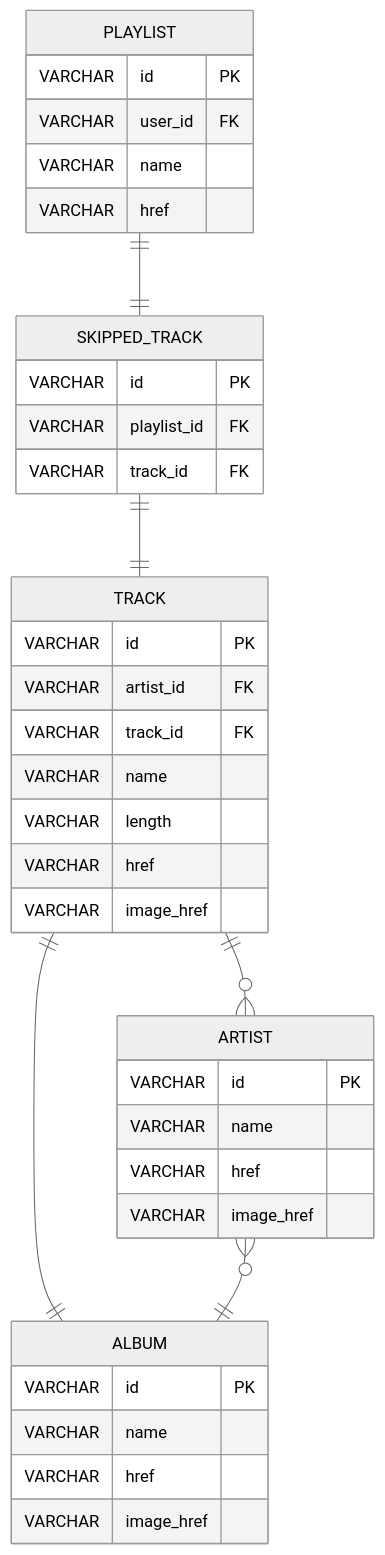
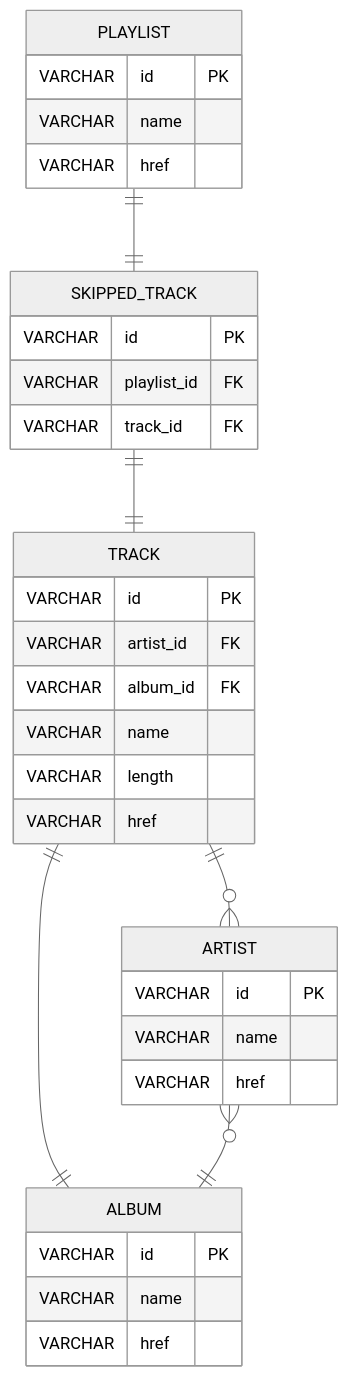
The second of 2 diagrams in README.md (paulmccarron/spotify-playlist-janitor), drawn with Mermaid before and after one commit. The commit also changed 3 other files, not shown here.

````diff
--- a/README.md
+++ b/README.md
@@ -40,42 +40,38 @@
 ``` mermaid
 %%{init: {'theme':'neutral'}}%%
 erDiagram
     PLAYLIST ||--|| SKIPPED_TRACK : ""
     SKIPPED_TRACK ||--|| TRACK : ""
     TRACK ||--o{ ARTIST : ""
     TRACK ||--|| ALBUM : ""
     ARTIST }o--|| ALBUM : ""
 
     PLAYLIST {
         VARCHAR id PK
-        VARCHAR user_id FK
 	    VARCHAR name
         VARCHAR href
     }
     SKIPPED_TRACK {
         VARCHAR id PK
         VARCHAR playlist_id FK
         VARCHAR track_id FK
     }
     TRACK {
         VARCHAR id PK
         VARCHAR artist_id FK
-        VARCHAR track_id FK
+        VARCHAR album_id FK
         VARCHAR name
         VARCHAR length
         VARCHAR href
-        VARCHAR image_href
     }
     ARTIST {
         VARCHAR id PK
         VARCHAR name
         VARCHAR href
-        VARCHAR image_href
     }
     ALBUM {
         VARCHAR id PK
         VARCHAR name
         VARCHAR href
-        VARCHAR image_href
     }
 ```
````
